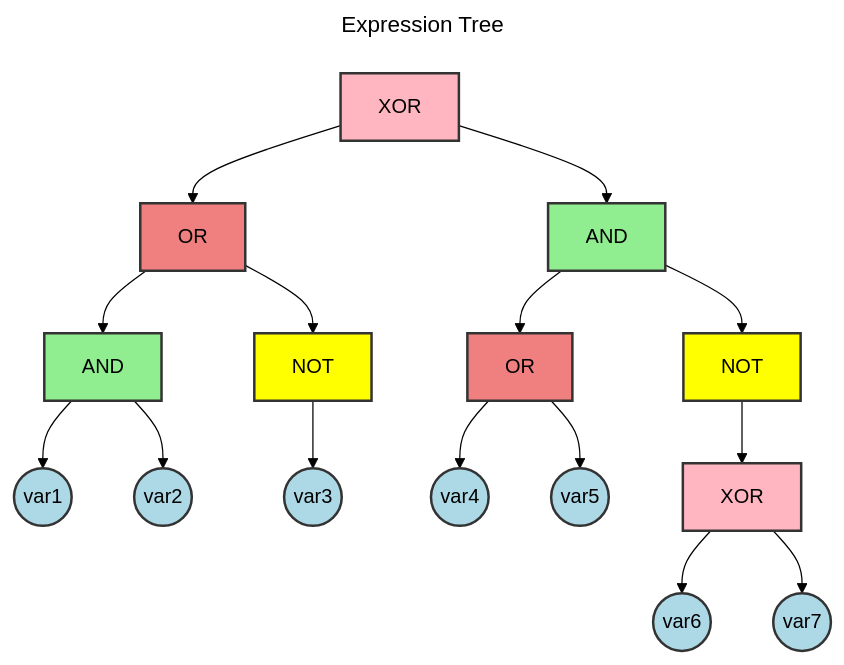
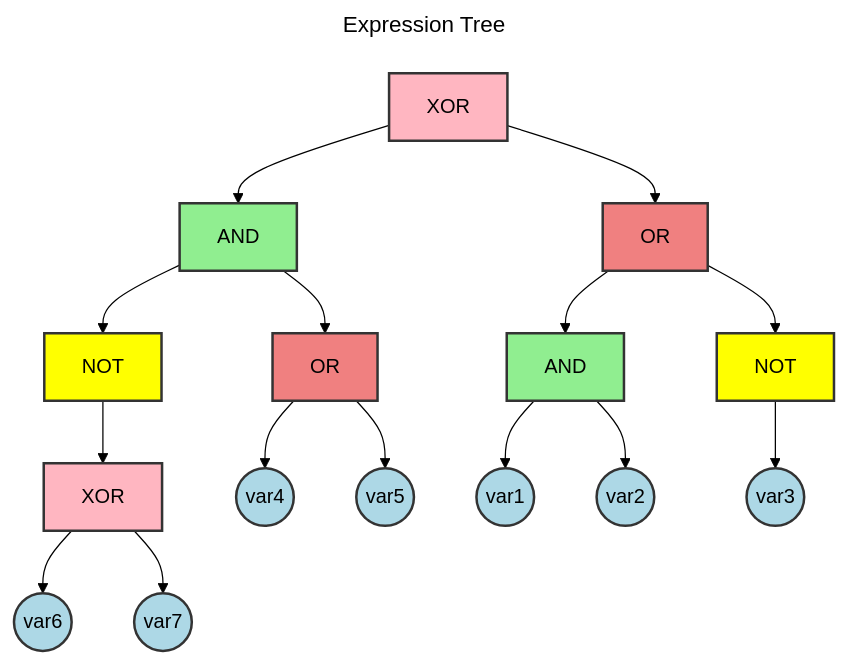
Before and after one commit to Alan-Jowett/bdd_test: the first of 2 diagrams in test_expressions/reference_output/all_operators_analysis.md, drawn with Mermaid (forest theme). The commit also changed other lines of this file and 150 other files, not shown here.

First line of the commit message:
More dag graph cleanup (#65)

````diff
--- a/test_expressions/reference_output/all_operators_analysis.md
+++ b/test_expressions/reference_output/all_operators_analysis.md
@@ -13,58 +13,58 @@
 ```mermaid
 ---
 title: Expression Tree
 ---
 flowchart TD
     N1(("var1"))
+    N10(("var6"))
+    N11(("var7"))
+    N12["XOR"]
+    N13["NOT"]
+    N14["AND"]
+    N15["XOR"]
     N2(("var2"))
     N3["AND"]
     N4(("var3"))
     N5["NOT"]
     N6["OR"]
     N7(("var4"))
     N8(("var5"))
     N9["OR"]
-    N10(("var6"))
-    N11(("var7"))
-    N12["XOR"]
-    N13["NOT"]
-    N14["AND"]
-    N15["XOR"]
 
+    N12 --> N10
+    N12 --> N11
+    N13 --> N12
+    N14 --> N13
+    N14 --> N9
+    N15 --> N14
+    N15 --> N6
     N3 --> N1
     N3 --> N2
     N5 --> N4
     N6 --> N3
     N6 --> N5
     N9 --> N7
     N9 --> N8
-    N12 --> N10
-    N12 --> N11
-    N13 --> N12
-    N14 --> N9
-    N14 --> N13
-    N15 --> N6
-    N15 --> N14
 
     class N1 variable
     class N2 variable
     class N3 andOp
     class N4 variable
     class N5 notOp
     class N6 orOp
     class N7 variable
     class N8 variable
     class N9 orOp
     class N10 variable
     class N11 variable
     class N12 xorOp
     class N13 notOp
     class N14 andOp
     class N15 xorOp
 
     classDef variable fill:lightblue,stroke:#333,stroke-width:2px,color:#000
     classDef andOp fill:lightgreen,stroke:#333,stroke-width:2px,color:#000
     classDef orOp fill:lightcoral,stroke:#333,stroke-width:2px,color:#000
     classDef notOp fill:yellow,stroke:#333,stroke-width:2px,color:#000
     classDef xorOp fill:lightpink,stroke:#333,stroke-width:2px,color:#000
 ```
````
